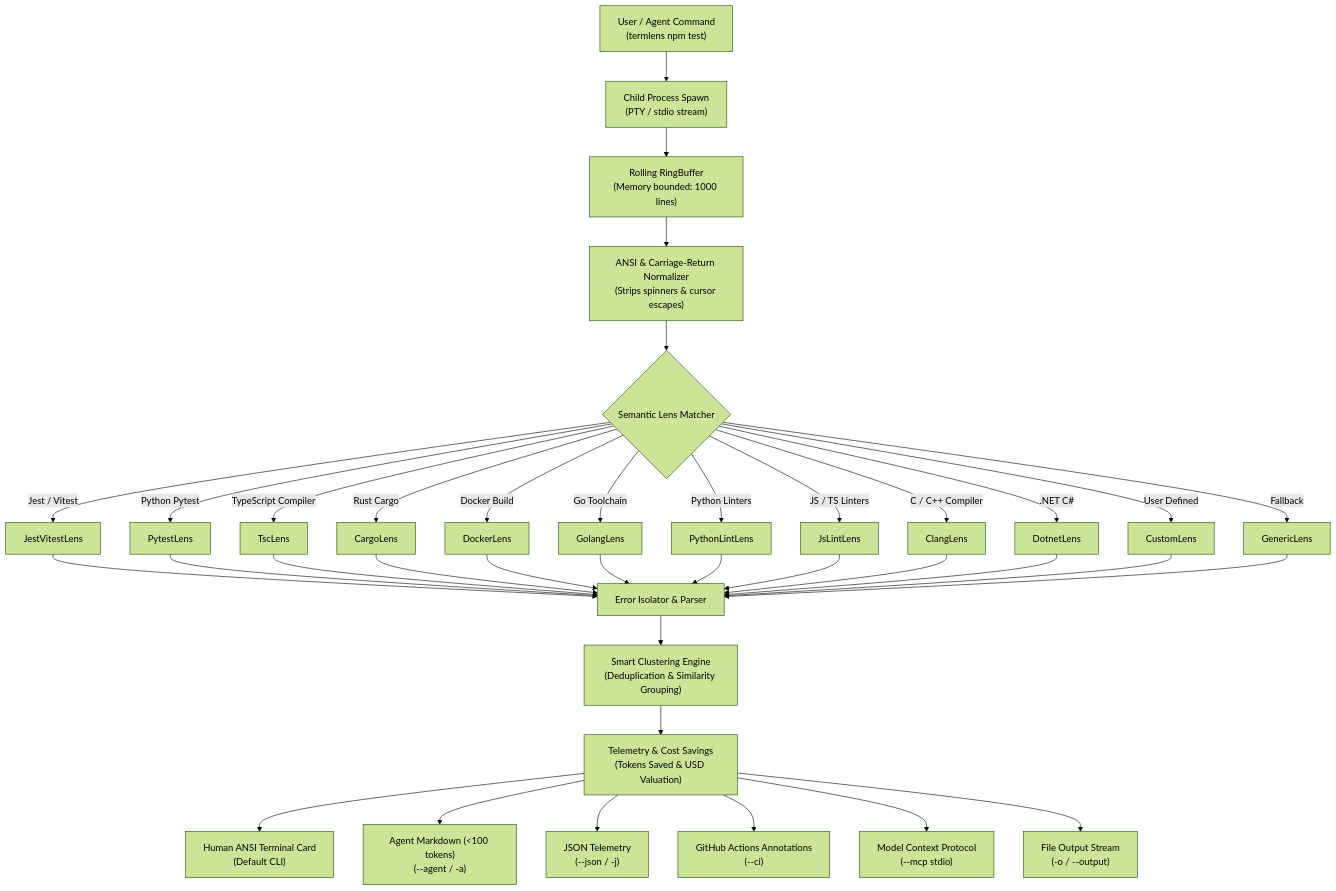
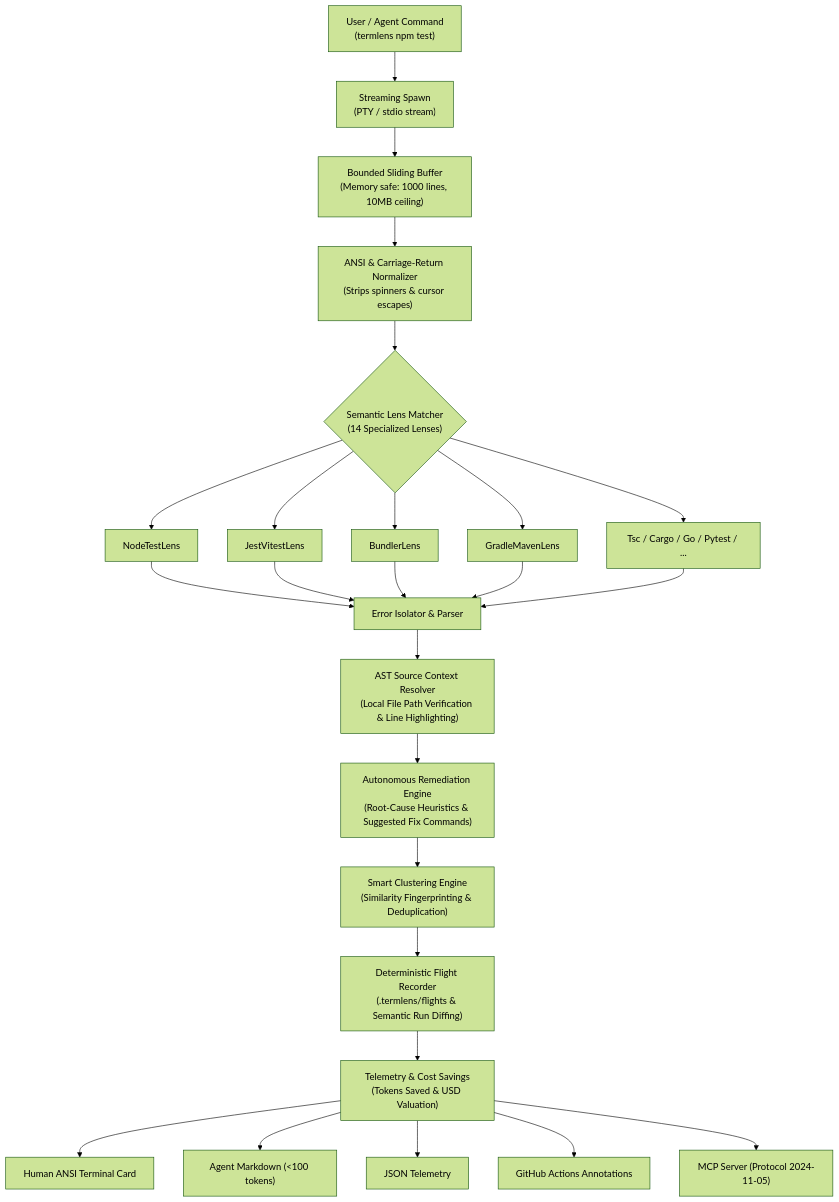
Before and after one commit to shenald-dev/termlens: the diagram in README.md, drawn with Mermaid (forest theme). The commit also changed other lines of this file and 26 other files, not shown here.

Commit message:
feat: release v0.3.0 with incident flight recorder, semantic run diff, ast source resolver, and expanded lenses

````diff
--- a/README.md
+++ b/README.md
@@ -288,28 +275,23 @@
 ```mermaid
 flowchart TD
-    A["User / Agent Command<br/>(termlens npm test)"] --> B["Child Process Spawn<br/>(PTY / stdio stream)"]
-    B --> C["Rolling RingBuffer<br/>(Memory bounded: 1000 lines)"]
+    A["User / Agent Command<br/>(termlens npm test)"] --> B["Streaming Spawn<br/>(PTY / stdio stream)"]
+    B --> C["Bounded Sliding Buffer<br/>(Memory safe: 1000 lines, 10MB ceiling)"]
     C --> D["ANSI & Carriage-Return Normalizer<br/>(Strips spinners & cursor escapes)"]
-    D --> E{"Semantic Lens Matcher"}
-    E -->|"Jest / Vitest"| L1["JestVitestLens"]
-    E -->|"Python Pytest"| L2["PytestLens"]
-    E -->|"TypeScript Compiler"| L3["TscLens"]
-    E -->|"Rust Cargo"| L4["CargoLens"]
-    E -->|"Docker Build"| L5["DockerLens"]
-    E -->|"Go Toolchain"| L6["GolangLens"]
-    E -->|"Python Linters"| L7["PythonLintLens"]
-    E -->|"JS / TS Linters"| L8["JsLintLens"]
-    E -->|"C / C++ Compiler"| L9["ClangLens"]
-    E -->|".NET C#"| L10["DotnetLens"]
-    E -->|"User Defined"| L11["CustomLens"]
-    E -->|"Fallback"| L12["GenericLens"]
-    L1 & L2 & L3 & L4 & L5 & L6 & L7 & L8 & L9 & L10 & L11 & L12 --> F["Error Isolator & Parser"]
-    F --> CL["Smart Clustering Engine<br/>(Deduplication & Similarity Grouping)"]
-    CL --> TM["Telemetry & Cost Savings<br/>(Tokens Saved & USD Valuation)"]
-    TM --> G["Human ANSI Terminal Card<br/>(Default CLI)"]
-    TM --> H["Agent Markdown (<100 tokens)<br/>(--agent / -a)"]
-    TM --> I["JSON Telemetry<br/>(--json / -j)"]
-    TM --> CI["GitHub Actions Annotations<br/>(--ci)"]
-    TM --> J["Model Context Protocol<br/>(--mcp stdio)"]
-    TM --> FO["File Output Stream<br/>(-o / --output)"]
+    D --> E{"Semantic Lens Matcher<br/>(14 Specialized Lenses)"}
+    E --> L1["NodeTestLens"]
+    E --> L2["JestVitestLens"]
+    E --> L3["BundlerLens"]
+    E --> L4["GradleMavenLens"]
+    E --> L5["Tsc / Cargo / Go / Pytest / ..."]
+    L1 & L2 & L3 & L4 & L5 --> F["Error Isolator & Parser"]
+    F --> SRC["AST Source Context Resolver<br/>(Local File Path Verification & Line Highlighting)"]
+    SRC --> REM["Autonomous Remediation Engine<br/>(Root-Cause Heuristics & Suggested Fix Commands)"]
+    REM --> CL["Smart Clustering Engine<br/>(Similarity Fingerprinting & Deduplication)"]
+    CL --> FLT["Deterministic Flight Recorder<br/>(.termlens/flights & Semantic Run Diffing)"]
+    FLT --> TM["Telemetry & Cost Savings<br/>(Tokens Saved & USD Valuation)"]
+    TM --> G["Human ANSI Terminal Card"]
+    TM --> H["Agent Markdown (<100 tokens)"]
+    TM --> I["JSON Telemetry"]
+    TM --> CI["GitHub Actions Annotations"]
+    TM --> J["MCP Server (Protocol 2024-11-05)"]
 ```
````
